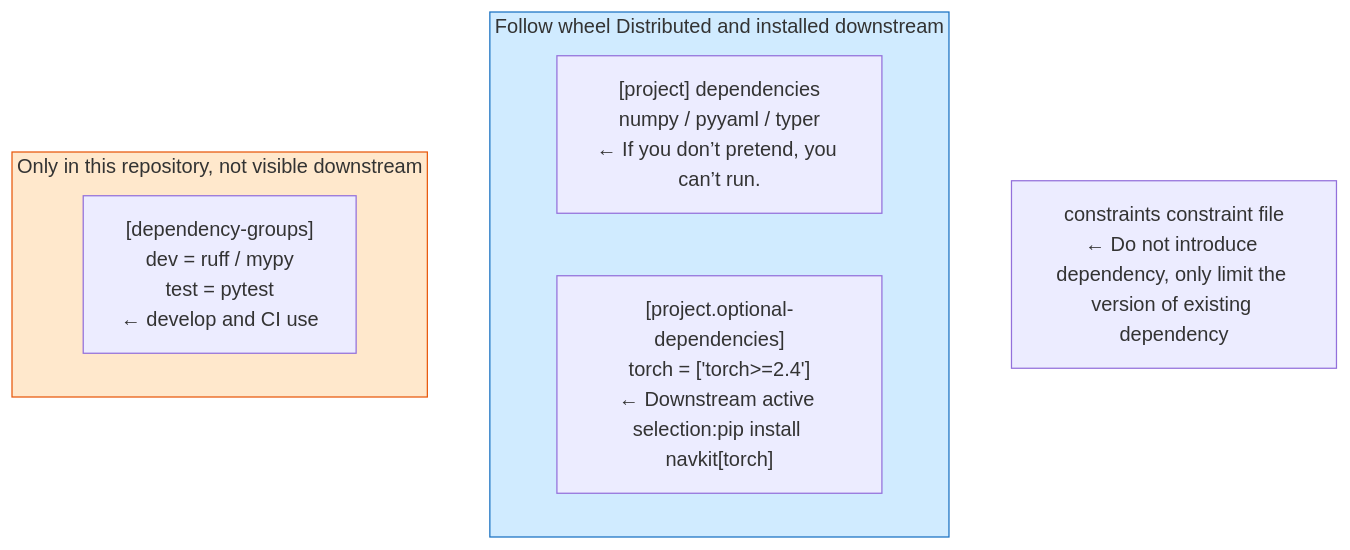
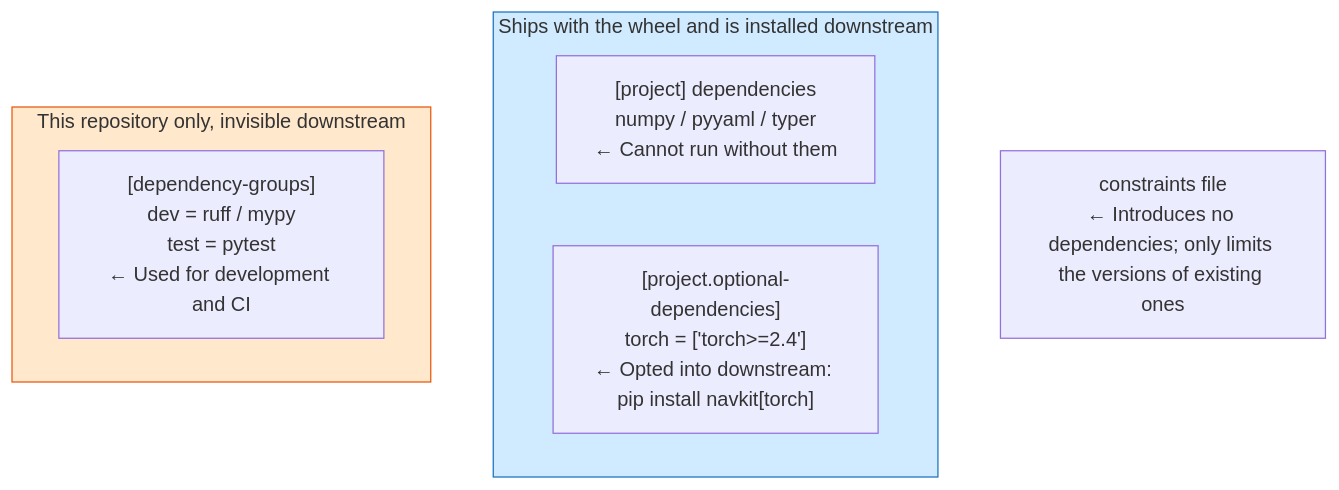
Before and after one commit to TingdeLiu/tingdeliu.github.io: the tenth of 22 diagrams in _translations/en/research/Python-Engineering-Survey.md, drawn with Mermaid. The commit also changed other lines of this file and 51 other files, not shown here.

````diff
--- a/_translations/en/research/Python-Engineering-Survey.md
+++ b/_translations/en/research/Python-Engineering-Survey.md
@@ -748,13 +748,13 @@
 ```mermaid
 flowchart TB
-    subgraph SHIP["Follow wheel Distributed and installed downstream"]
-        D1["[project] dependencies<br/>numpy / pyyaml / typer<br/>← If you don’t pretend, you can’t run."]
-        D2["[project.optional-dependencies]<br/>torch = ['torch>=2.4']<br/>← Downstream active selection:pip install navkit[torch]"]
+    subgraph SHIP["Ships with the wheel and is installed downstream"]
+        D1["[project] dependencies<br/>numpy / pyyaml / typer<br/>← Cannot run without them"]
+        D2["[project.optional-dependencies]<br/>torch = ['torch>=2.4']<br/>← Opted into downstream: pip install navkit[torch]"]
     end
-    subgraph DEV["Only in this repository, not visible downstream"]
-        D3["[dependency-groups]<br/>dev = ruff / mypy<br/>test = pytest<br/>← develop and CI use"]
+    subgraph DEV["This repository only, invisible downstream"]
+        D3["[dependency-groups]<br/>dev = ruff / mypy<br/>test = pytest<br/>← Used for development and CI"]
     end
-    D4["constraints constraint file<br/>← Do not introduce dependency, only limit the version of existing dependency"]
+    D4["constraints file<br/>← Introduces no dependencies; only limits the versions of existing ones"]
     style SHIP fill:#d0ebff,stroke:#1971c2
     style DEV fill:#ffe8cc,stroke:#e8590c
 ```
````
